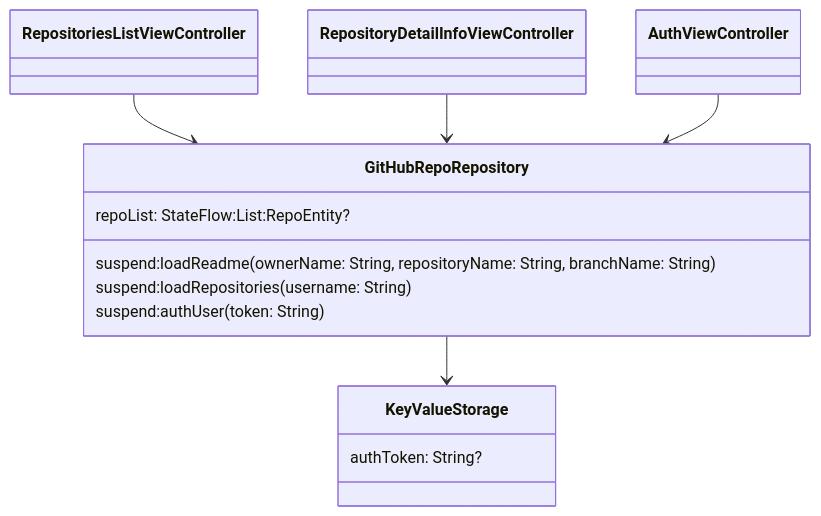
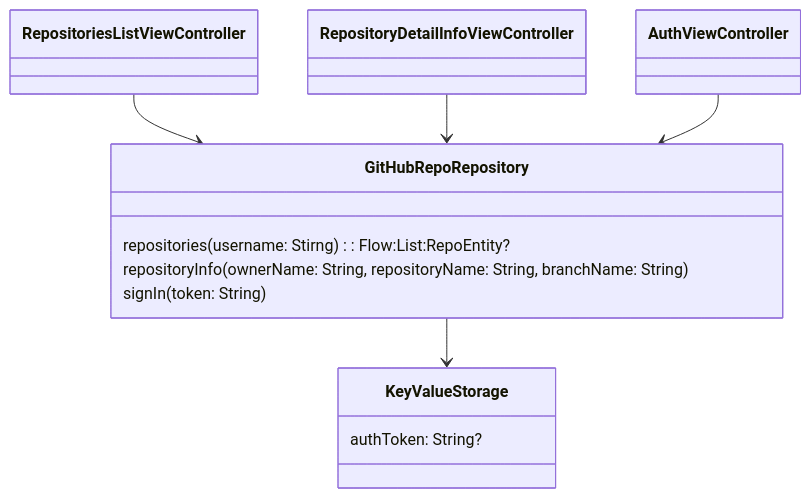
One commit to icerockdev/kmm.icerock.dev changed the diagram in university/2-ios-basics/practice.md. Above: the diagram before and after it, drawn with Mermaid. The commit also changed 2 other files, not shown here.

Commit message:
fix public api

````diff
--- a/university/2-ios-basics/practice.md
+++ b/university/2-ios-basics/practice.md
@@ -40,23 +40,22 @@
 ```mermaid
    classDiagram
    
    class RepositoriesListViewController:::ios
    class RepositoryDetailInfoViewController:::ios
    class AuthViewController:::ios
    
    class GitHubRepoRepository:::ios{
-     repoList: StateFlow:List:RepoEntity?
-     suspend:loadReadme(ownerName: String, repositoryName: String, branchName: String)
-     suspend:loadRepositories(username: String)
-     suspend:authUser(token: String)
+    repositories(username: Stirng): Flow:List:RepoEntity?
+     repositoryInfo(ownerName: String, repositoryName: String, branchName: String)
+     signIn(token: String)
    }
    
    class KeyValueStorage:::ios{
      authToken: String?
    }
 
    RepositoriesListViewController --> GitHubRepoRepository
    RepositoryDetailInfoViewController --> GitHubRepoRepository
    AuthViewController --> GitHubRepoRepository
    GitHubRepoRepository --> KeyValueStorage
 ```
````
